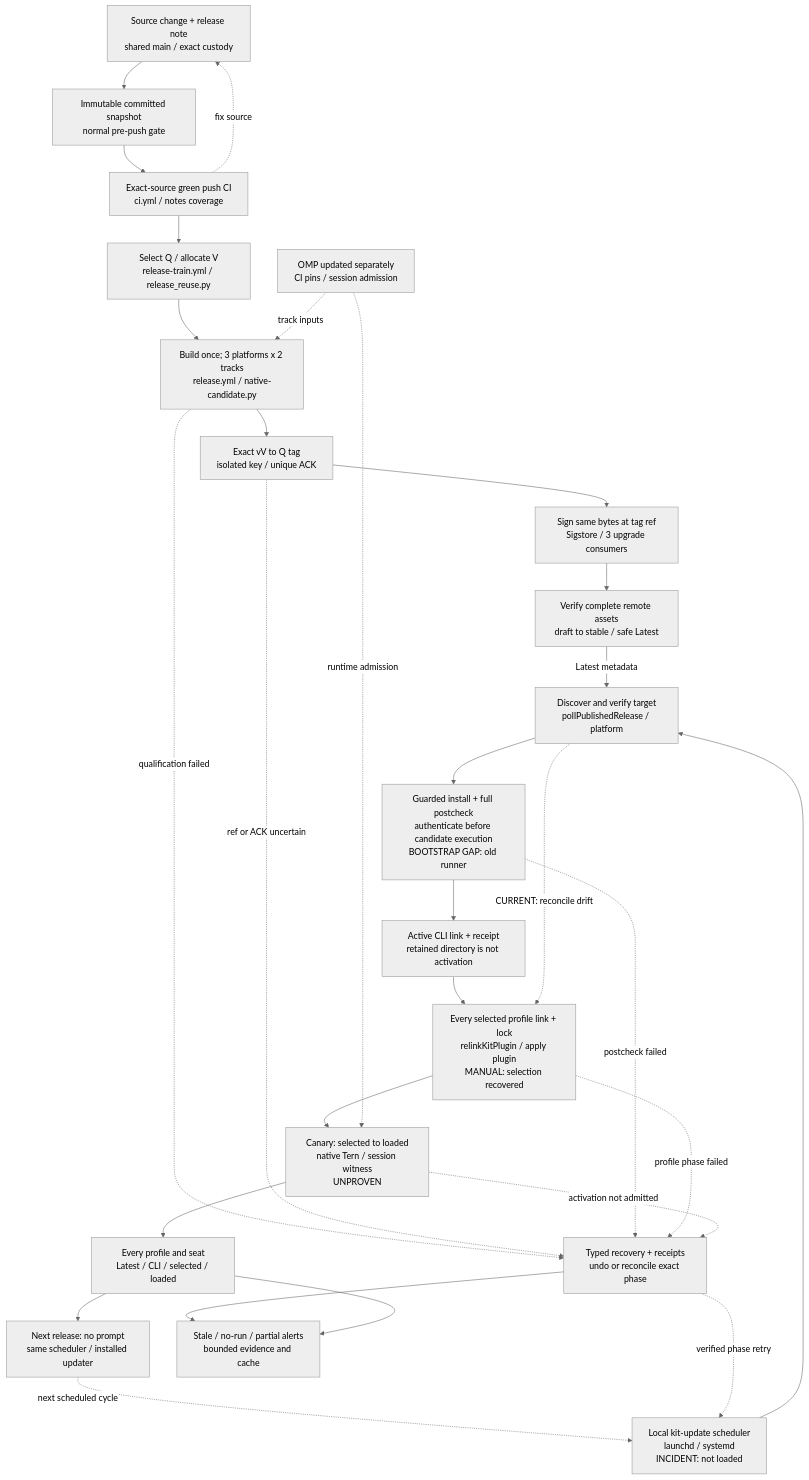
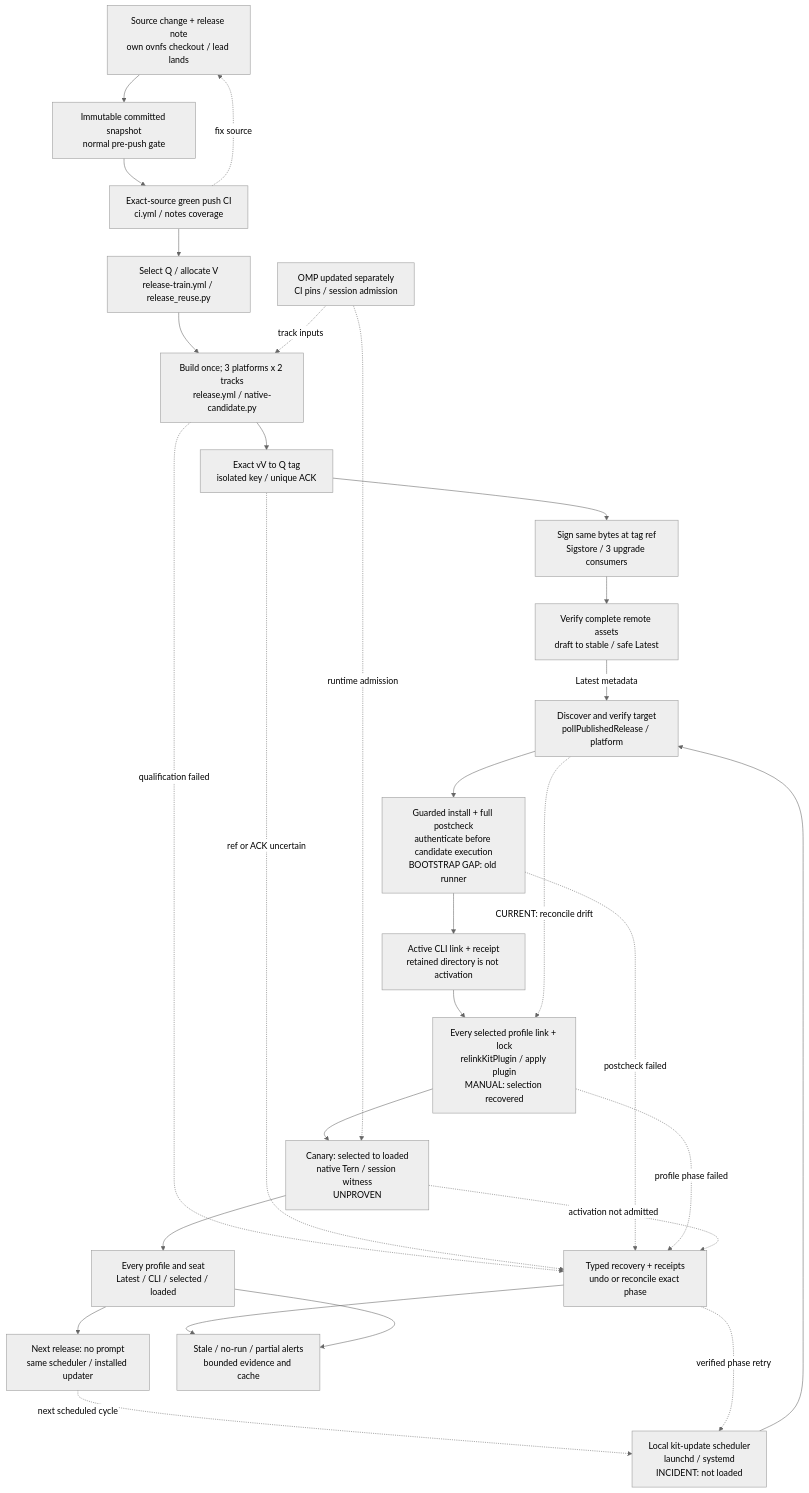
The diagram in docs/release-procedure.md (JYeswak/omp-kit-companion), drawn with Mermaid (neutral theme) before and after one commit. The commit also changed other lines of this file and 4 other files, not shown here.

````diff
--- a/docs/release-procedure.md
+++ b/docs/release-procedure.md
@@ -30,38 +30,38 @@
 ```mermaid
 flowchart TD
-    S["Source change + release note<br/>shared main / exact custody"]
+    S["Source change + release note<br/>own ovnfs checkout / lead lands"]
     G["Immutable committed snapshot<br/>normal pre-push gate"]
     C["Exact-source green push CI<br/>ci.yml / notes coverage"]
     O["Select Q / allocate V<br/>release-train.yml / release_reuse.py"]
     Q["Build once; 3 platforms x 2 tracks<br/>release.yml / native-candidate.py"]
     T["Exact vV to Q tag<br/>isolated key / unique ACK"]
     A["Sign same bytes at tag ref<br/>Sigstore / 3 upgrade consumers"]
     P["Verify complete remote assets<br/>draft to stable / safe Latest"]
     L["Local kit-update scheduler<br/>launchd / systemd<br/>INCIDENT: not loaded"]
     D["Discover and verify target<br/>pollPublishedRelease / platform"]
     I["Guarded install + full postcheck<br/>authenticate before candidate execution<br/>BOOTSTRAP GAP: old runner"]
     B["Active CLI link + receipt<br/>retained directory is not activation"]
     K["Every selected profile link + lock<br/>relinkKitPlugin / apply plugin<br/>MANUAL: selection recovered"]
     N["Canary: selected to loaded<br/>native Tern / session witness<br/>UNPROVEN"]
     F["Every profile and seat<br/>Latest / CLI / selected / loaded"]
     V["Next release: no prompt<br/>same scheduler / installed updater"]
     R["Typed recovery + receipts<br/>undo or reconcile exact phase"]
     M["Stale / no-run / partial alerts<br/>bounded evidence and cache"]
     X["OMP updated separately<br/>CI pins / session admission"]
     S --> G --> C --> O --> Q --> T --> A --> P
     L --> D --> I --> B --> K --> N --> F --> V
     P -->|"Latest metadata"| D
     V -. "next scheduled cycle" .-> L
     X -. "track inputs" .-> Q
     X -. "runtime admission" .-> N
     C -. "fix source" .-> S
     Q -. "qualification failed" .-> R
     T -. "ref or ACK uncertain" .-> R
     I -. "postcheck failed" .-> R
     K -. "profile phase failed" .-> R
     N -. "activation not admitted" .-> R
     D -. "CURRENT: reconcile drift" .-> K
     R -. "verified phase retry" .-> L
     R --> M
     F --> M
 ```
````
